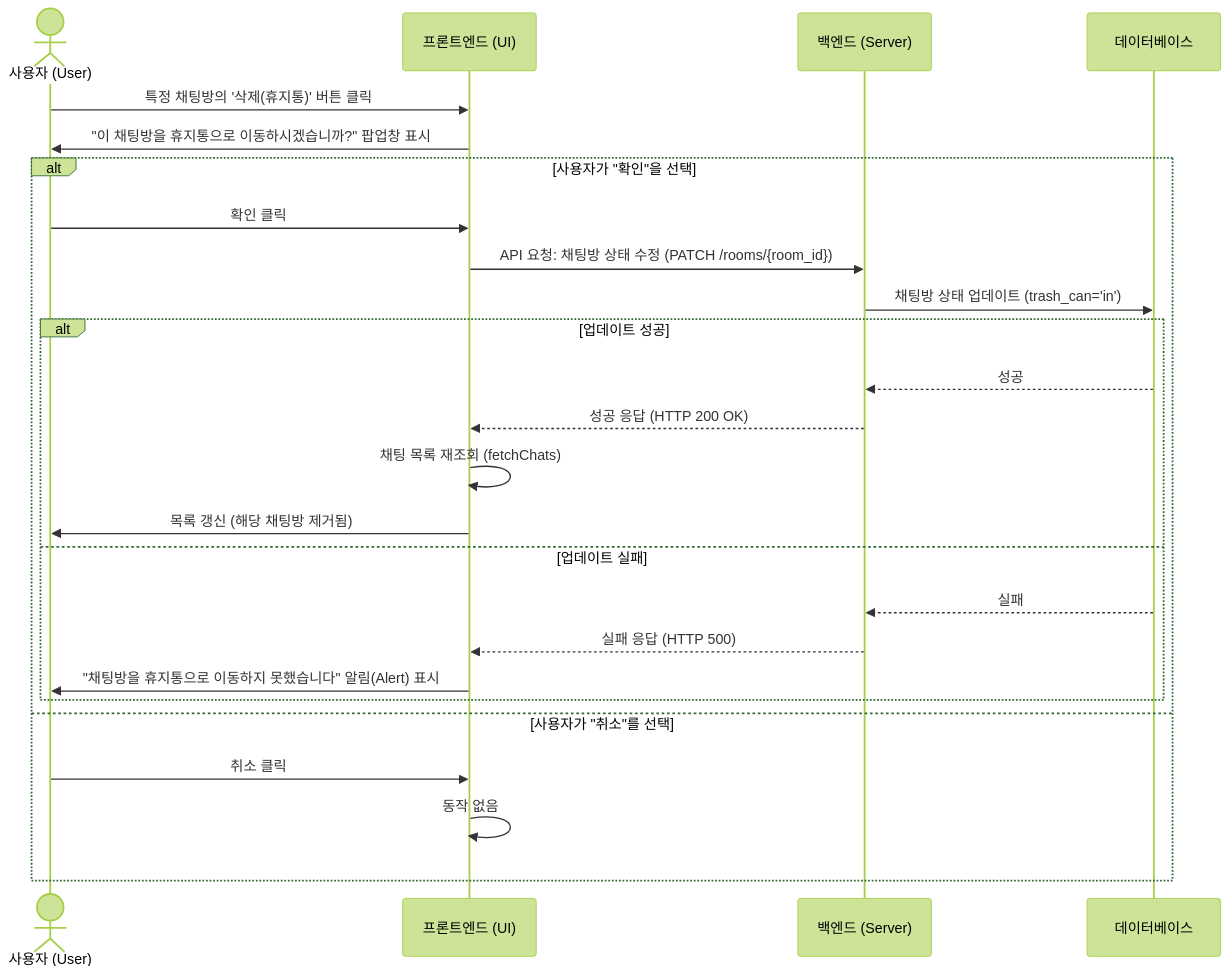
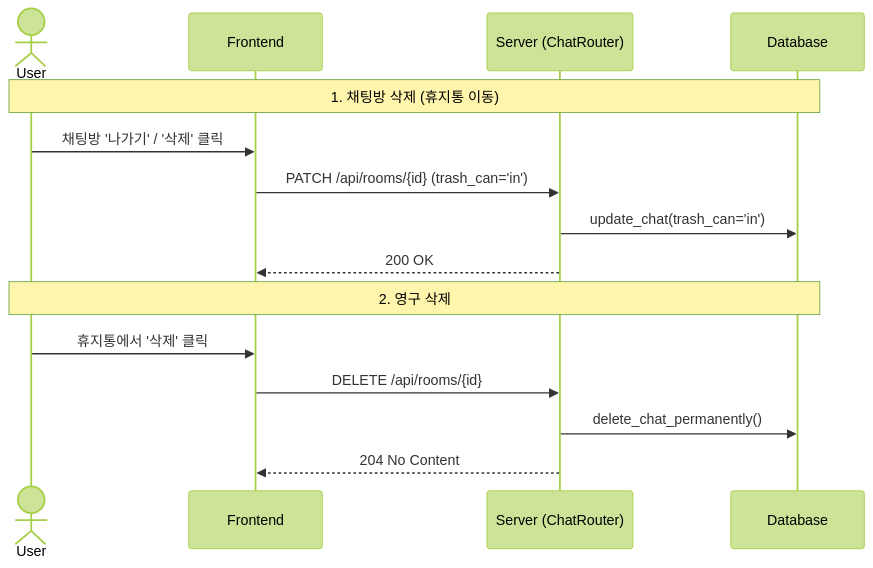
The tenth of 14 diagrams in 문서/SDS/SDS_[Alphabot]_4_SequenceDiagram.md (YU-SoftwareEng/AlphaBot), drawn with Mermaid (forest theme) before and after one commit. The commit also changed other lines of this file and 4 other files, not shown here.

````diff
--- a/문서/SDS/SDS_[Alphabot]_4_SequenceDiagram.md
+++ b/문서/SDS/SDS_[Alphabot]_4_SequenceDiagram.md
@@ -203,30 +232,19 @@
 ```mermaid
 sequenceDiagram
-    actor 사용자 as 사용자 (User)
-    participant Frontend as 프론트엔드 (UI)
-    participant Backend as 백엔드 (Server)
-    participant DB as 데이터베이스
+    actor User
+    participant Frontend
+    participant Server (ChatRouter)
+    participant Database
 
-    사용자 ->> Frontend: 특정 채팅방의 '삭제(휴지통)' 버튼 클릭
-    Frontend ->> 사용자: "이 채팅방을 휴지통으로 이동하시겠습니까?" 팝업창 표시
-
-    alt 사용자가 "확인"을 선택
-        사용자 ->> Frontend: 확인 클릭
-        Frontend ->> Backend: API 요청: 채팅방 상태 수정 (PATCH /rooms/{room_id})
-
-        Backend ->> DB: 채팅방 상태 업데이트 (trash_can='in')
-        alt 업데이트 성공
-            DB -->> Backend: 성공
-            Backend -->> Frontend: 성공 응답 (HTTP 200 OK)
-            Frontend ->> Frontend: 채팅 목록 재조회 (fetchChats)
-            Frontend ->> 사용자: 목록 갱신 (해당 채팅방 제거됨)
-        else 업데이트 실패
-            DB -->> Backend: 실패
-            Backend -->> Frontend: 실패 응답 (HTTP 500)
-            Frontend ->> 사용자: "채팅방을 휴지통으로 이동하지 못했습니다" 알림(Alert) 표시
-        end
-    else 사용자가 "취소"를 선택
-        사용자 ->> Frontend: 취소 클릭
-        Frontend ->> Frontend: 동작 없음
-    end
+    Note over User, Database: 1. 채팅방 삭제 (휴지통 이동)
+    User->>Frontend: 채팅방 '나가기' / '삭제' 클릭
+    Frontend->>Server (ChatRouter): PATCH /api/rooms/{id} (trash_can='in')
+    Server (ChatRouter)->>Database: update_chat(trash_can='in')
+    Server (ChatRouter)-->>Frontend: 200 OK
+    
+    Note over User, Database: 2. 영구 삭제
+    User->>Frontend: 휴지통에서 '삭제' 클릭
+    Frontend->>Server (ChatRouter): DELETE /api/rooms/{id}
+    Server (ChatRouter)->>Database: delete_chat_permanently()
+    Server (ChatRouter)-->>Frontend: 204 No Content
 ```
````
